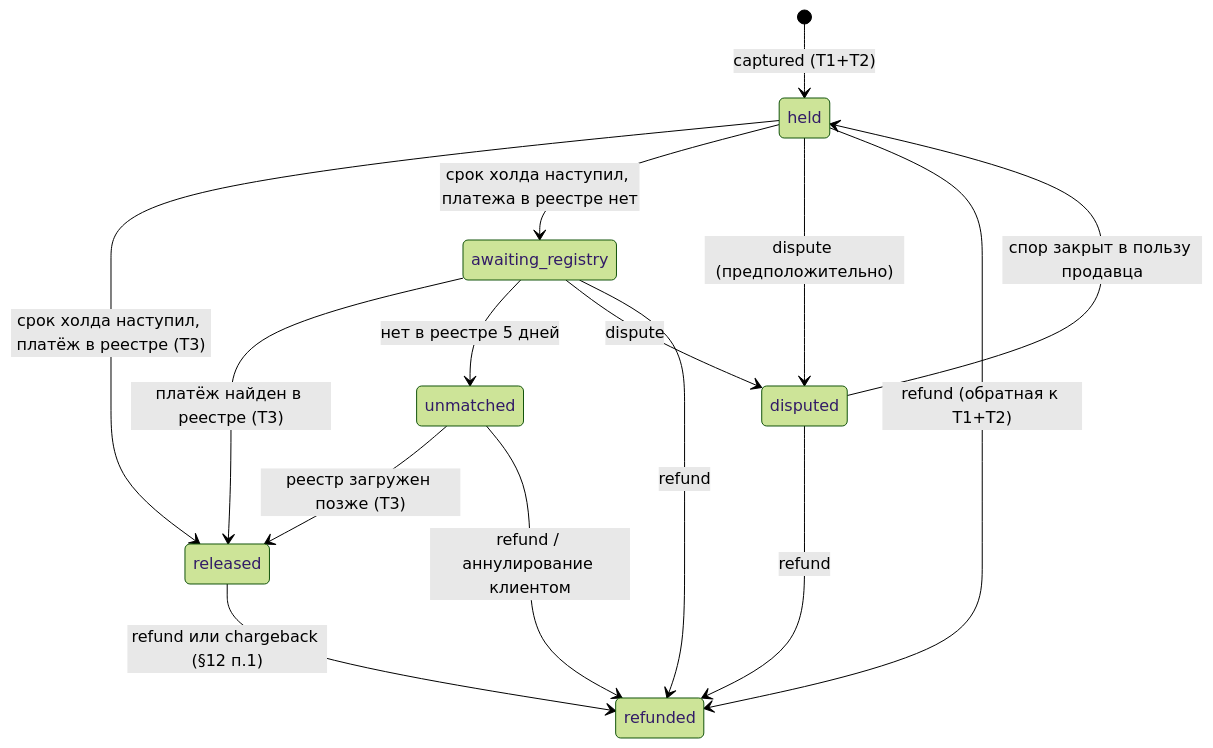
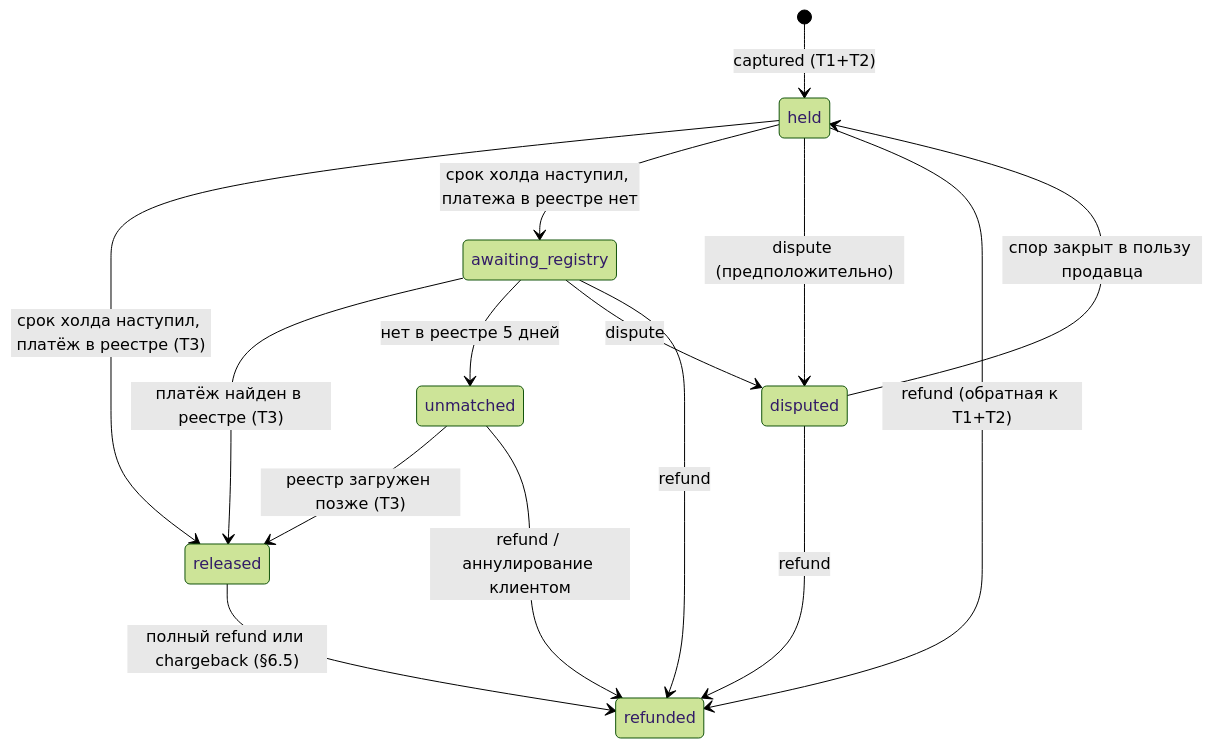
The third of 6 diagrams in 03-high-level-design.md (hino-2/plat-forma), drawn with Mermaid (forest theme) before and after one commit. The commit also changed other lines of this file and 1 other file, not shown here.

````diff
--- a/03-high-level-design.md
+++ b/03-high-level-design.md
@@ -877,17 +931,17 @@
 ```mermaid
 stateDiagram-v2
   [*] --> held: captured (T1+T2)
   held --> released: срок холда наступил, платёж в реестре (T3)
   held --> awaiting_registry: срок холда наступил, платежа в реестре нет
   awaiting_registry --> released: платёж найден в реестре (T3)
   awaiting_registry --> unmatched: нет в реестре 5 дней
   unmatched --> released: реестр загружен позже (T3)
   held --> disputed: dispute (предположительно)
   awaiting_registry --> disputed: dispute
   disputed --> held: спор закрыт в пользу продавца
   held --> refunded: refund (обратная к T1+T2)
   awaiting_registry --> refunded: refund
   disputed --> refunded: refund
   unmatched --> refunded: refund / аннулирование клиентом
-  released --> refunded: refund или chargeback (§12 п.1)
+  released --> refunded: полный refund или chargeback (§6.5)
 ```
````
